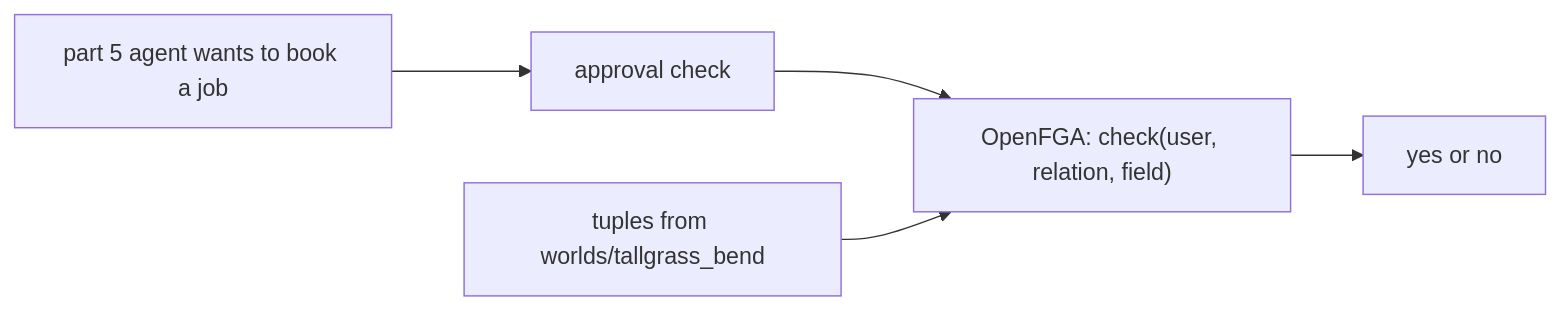
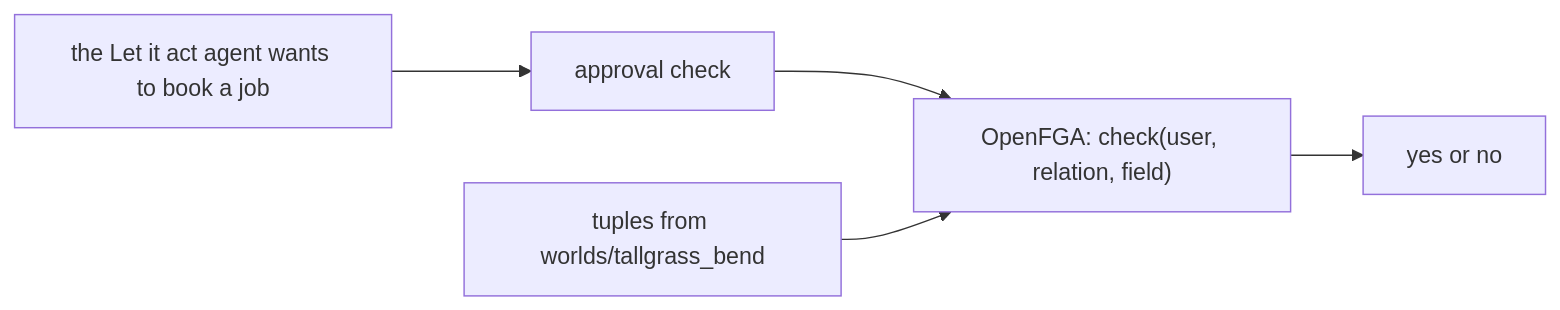
Before and after one commit to learnwithparam/applied-ai-cohort: the diagram in parts/10-check-access-with-openfga/README.md, drawn with Mermaid. The commit also changed other lines of this file and 29 other files, not shown here.

````diff
--- a/parts/10-check-access-with-openfga/README.md
+++ b/parts/10-check-access-with-openfga/README.md
@@ -20,7 +20,7 @@
 ```mermaid
 flowchart LR
-  A["part 5 agent wants to book a job"] --> B["approval check"]
+  A["the Let it act agent wants to book a job"] --> B["approval check"]
   B --> C["OpenFGA: check(user, relation, field)"]
   D["tuples from worlds/tallgrass_bend"] --> C
   C --> E["yes or no"]
 ```
````
